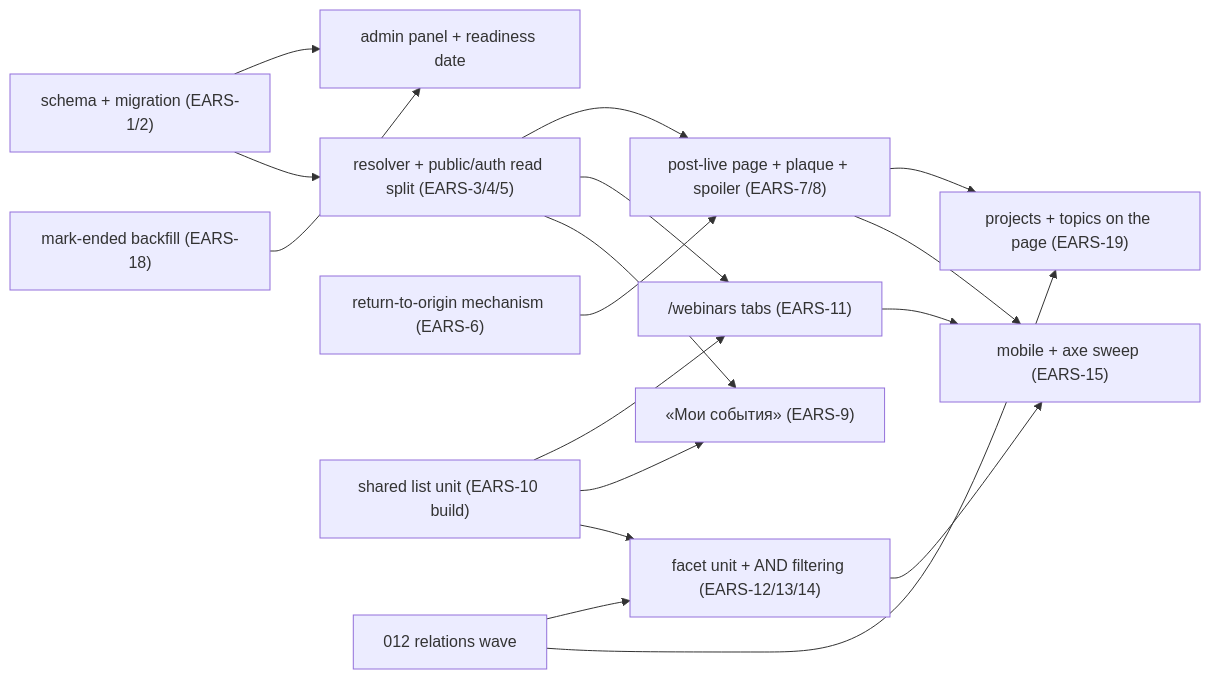
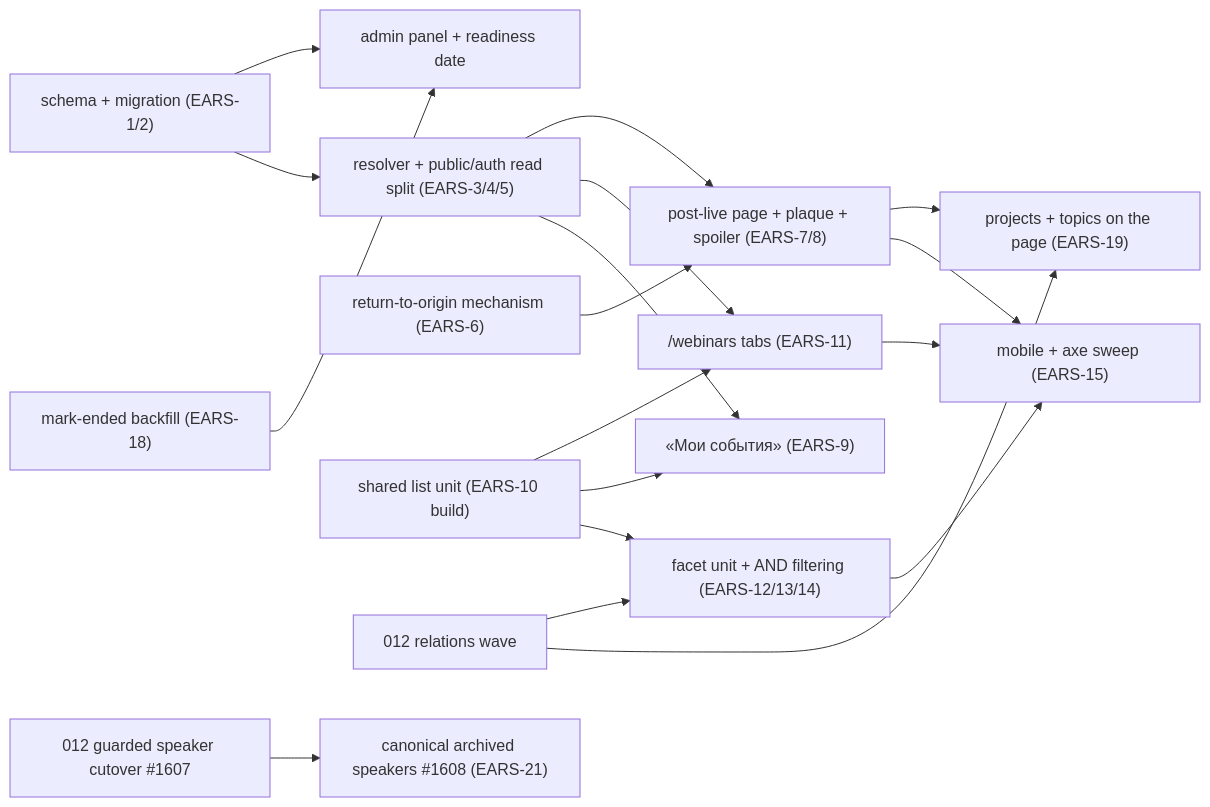
Diagram 11 of 11 in apps/docs/content/specs/features/014-event-recordings/014-design.md (doctor-school/ds-platform), drawn with Mermaid before and after one commit. The commit also changed other lines of this file and 11 other files, not shown here.

````diff
--- a/apps/docs/content/specs/features/014-event-recordings/014-design.md
+++ b/apps/docs/content/specs/features/014-event-recordings/014-design.md
@@ -384,19 +392,20 @@
 ```mermaid
 flowchart LR
   S["schema + migration (EARS-1/2)"] --> A["admin panel + readiness date"]
   MB["mark-ended backfill (EARS-18)"] --> A
   S --> R["resolver + public/auth read split (EARS-3/4/5)"]
   R --> PG["post-live page + plaque + spoiler (EARS-7/8)"]
   RT["return-to-origin mechanism (EARS-6)"] --> PG
   U["shared list unit (EARS-10 build)"] --> TB["/webinars tabs (EARS-11)"]
   U --> ME["«Мои события» (EARS-9)"]
   R --> TB
   R --> ME
   TWELVE["012 relations wave"] --> FA["facet unit + AND filtering (EARS-12/13/14)"]
+  CUTOVER["012 guarded speaker cutover #1607"] --> SP["canonical archived speakers #1608 (EARS-21)"]
   TWELVE --> PT["projects + topics on the page (EARS-19)"]
   PG --> PT
   U --> FA
   PG --> AX["mobile + axe sweep (EARS-15)"]
   TB --> AX
   FA --> AX
 ```
````
